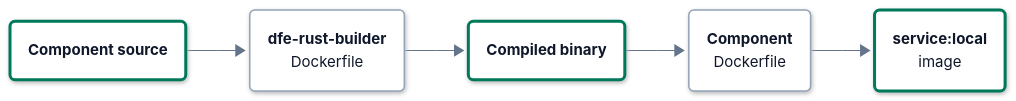
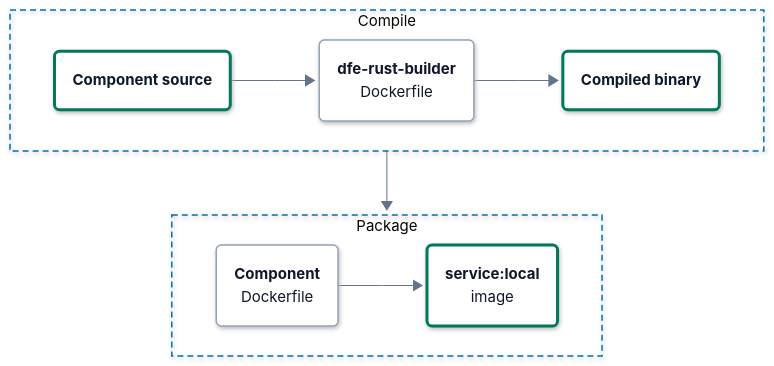
The diagram in docs/developing.md (hyperi-io/dfe-docker), drawn with Mermaid before and after one commit. The commit also changed 7 other files, not shown here.

First line of the commit message:
docs(architecture): align architecture.md with the page standard (#421)

````diff
--- a/docs/developing.md
+++ b/docs/developing.md
@@ -94,75 +94,79 @@
 ```mermaid
 ---
 config:
   theme: base
   look: neo
   fontFamily: Inter, -apple-system, Segoe UI, Roboto, Helvetica, Arial, sans-serif
   flowchart:
     curve: linear
     nodeSpacing: 40
     rankSpacing: 64
     padding: 18
     wrappingWidth: 280
     htmlLabels: true
   elk:
     preset: modelOrder
   themeVariables:
     fontSize: 15px
     lineColor: "#64748B"
     primaryTextColor: "#0F172A"
     clusterBorder: "#0072B2"
     edgeLabelBackground: "#FFFFFF"
   themeCSS: >-
     p{margin:0}
     .node[data-look] rect,.node[data-look] path,.node[data-look] polygon,.node[data-look] .outer-path{filter:drop-shadow(0 1px 2px rgba(15,23,42,.10)) drop-shadow(0 6px 14px rgba(15,23,42,.10))}
     .node rect{rx:10px;ry:10px}
     .cluster rect{rx:16px;ry:16px}
     .node .label div{min-width:150px}
     .node.decision .label div{min-width:0}
     .cluster[data-look] rect{filter:none}
     .nodeLabel{line-height:1.35}
     .nodeLabel b{font-weight:600;font-size:15px;letter-spacing:-0.01em}
     .nodeLabel span{font-size:12.5px;font-weight:400;color:#334155}
     .cluster-label span.nodeLabel{display:inline-block;background:#FFFFFF;color:#0B2A3F;border:1.5px solid #0072B2;border-radius:999px;padding:2px 12px;font-size:11.5px;font-weight:700;letter-spacing:.09em;text-transform:uppercase}
     .flowchart-link{stroke-width:1.75px}
     .labelBkg{background:transparent!important}
     span.edgeLabel{display:inline-block;background:#FFFFFF!important;color:#1E293B;border:1px solid #94A3B8;border-radius:999px;padding:2px 10px;font-size:12px;font-weight:500}
     span.edgeLabel p{background:transparent!important}
     .label-icon{width:20px;height:20px;vertical-align:-4px;margin-right:6px}
     .ingest .label-icon{color:#0E8A7D}
     .xform .label-icon{color:#7B4FB0}
     .load .label-icon{color:#0072B2}
     .bus .label-icon{color:#A8517F}
     .store .label-icon{color:#00785A}
     .ui .label-icon{color:#D9480F}
     .ext .label-icon{color:#64748B}
 ---
-flowchart LR
+flowchart TB
     accTitle: L4 Detail -- Dev image build
     accDescr: The component's source is staged without target and .git. This repo's Rust builder image compiles it into a binary. The component's own Dockerfile packages that binary into the service's local image.
-
-    src("<b>Component source</b>")
-    builder("<b>dfe-rust-builder</b><br/><span>Dockerfile</span>")
-    bin("<b>Compiled binary</b>")
-    own("<b>Component</b><br/><span>Dockerfile</span>")
-    img("<b>service:local</b><br/><span>image</span>")
-
-    src --> builder
-    builder --> bin
-    bin --> own
-    own --> img
-
+    subgraph build["Compile"]
+        direction LR
+        src("<b>Component source</b>")
+        builder("<b>dfe-rust-builder</b><br/><span>Dockerfile</span>")
+        bin("<b>Compiled binary</b>")
+        src --> builder --> bin
+    end
+    subgraph pack["Package"]
+        direction LR
+        own("<b>Component</b><br/><span>Dockerfile</span>")
+        img("<b>service:local</b><br/><span>image</span>")
+        own --> img
+    end
+    build --> pack
     class src,bin,img store
     class builder,own part
   classDef ext fill:#F4F6F8,stroke:#94A3B8,stroke-width:1.5px,stroke-dasharray:5 4,color:#0F172A
   classDef ingest fill:#FFFFFF,stroke:#0E8A7D,stroke-width:3px,color:#0F172A
   classDef xform fill:#FFFFFF,stroke:#7B4FB0,stroke-width:3px,color:#0F172A
   classDef load fill:#FFFFFF,stroke:#0072B2,stroke-width:3px,color:#0F172A
   classDef bus fill:#FFFFFF,stroke:#A8517F,stroke-width:3px,color:#0F172A
   classDef store fill:#FFFFFF,stroke:#00785A,stroke-width:3px,color:#0F172A
   classDef ui fill:#FFFFFF,stroke:#D9480F,stroke-width:3px,color:#0F172A
   classDef decision fill:#FFFFFF,stroke:#9A6700,stroke-width:3px,color:#0F172A
   classDef error fill:#FFFFFF,stroke:#C2410C,stroke-width:3px,color:#0F172A
   classDef control fill:#FFFFFF,stroke:#334155,stroke-width:3px,color:#0F172A
   classDef part fill:#FFFFFF,stroke:#94A3B8,stroke-width:1.5px,color:#0F172A
+  style build fill:none,stroke:#0072B2,stroke-width:1.5px,stroke-dasharray:6 4
+  style pack fill:none,stroke:#0072B2,stroke-width:1.5px,stroke-dasharray:6 4
 ```
````
